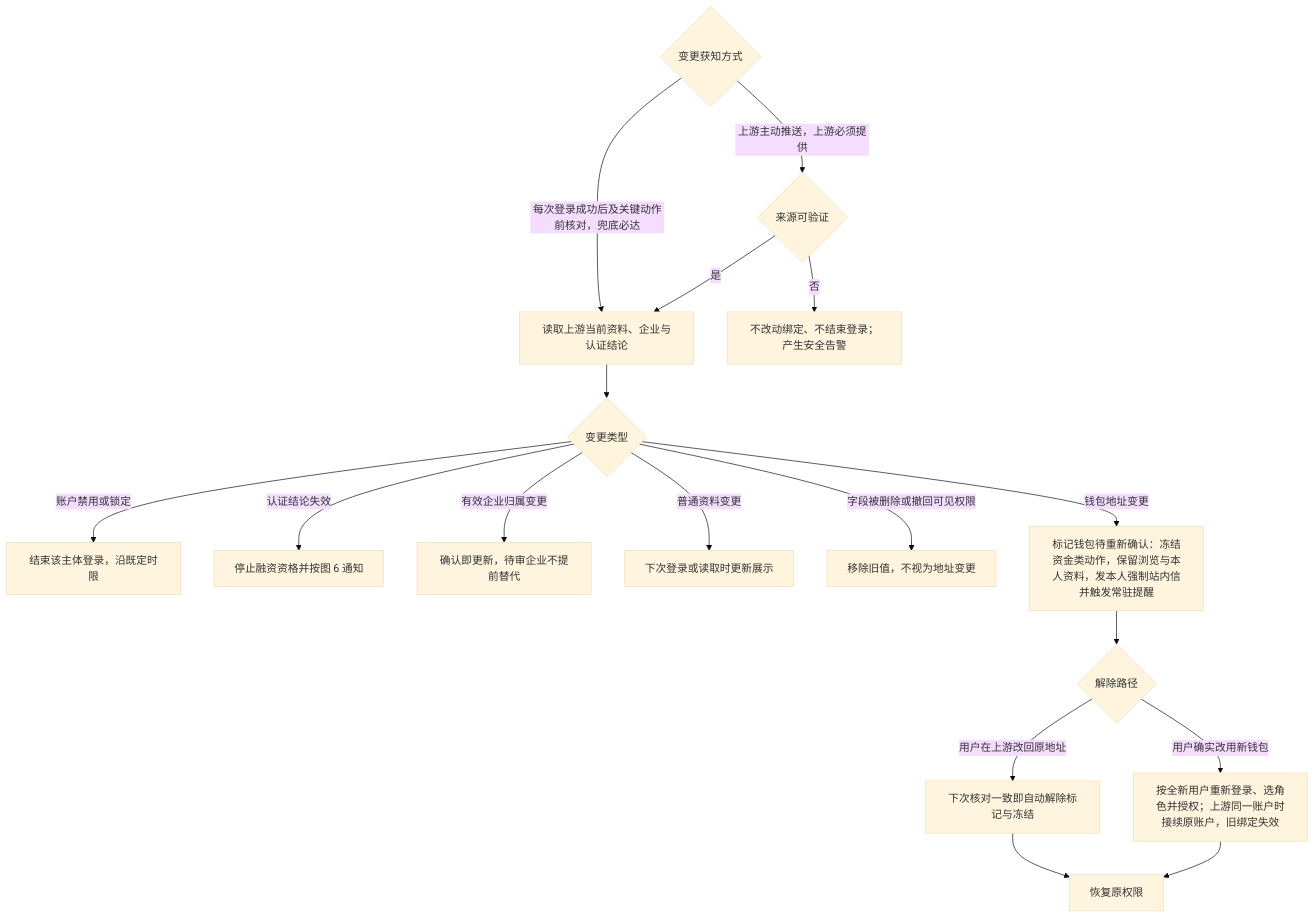
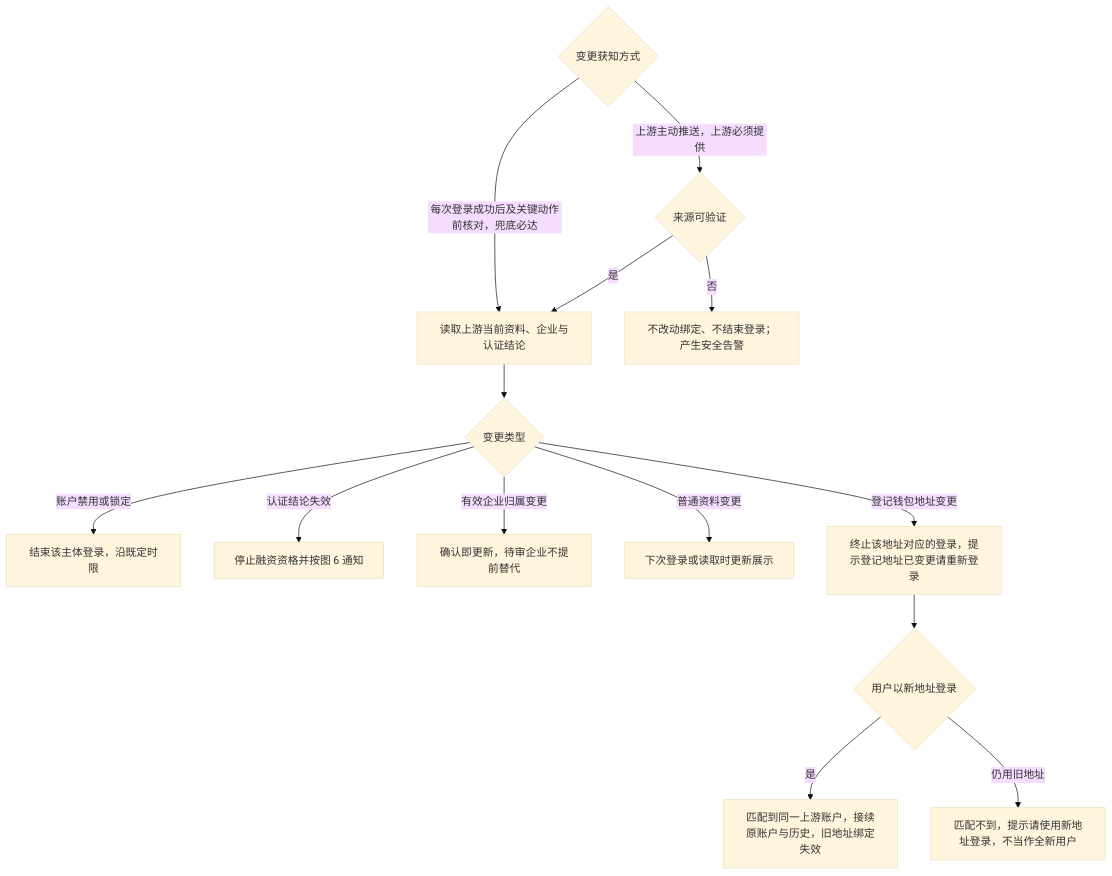
Before and after one commit to wxblockchain/Chain-Financing: the seventh of 7 diagrams in lending-platform/PRD/v2.0-登录与账户体系/02-登录主干与资产方SSO接入-流程图与状态机.md, drawn with Mermaid (base theme). The commit also changed other lines of this file and 5 other files, not shown here.

````diff
--- a/lending-platform/PRD/v2.0-登录与账户体系/02-登录主干与资产方SSO接入-流程图与状态机.md
+++ b/lending-platform/PRD/v2.0-登录与账户体系/02-登录主干与资产方SSO接入-流程图与状态机.md
@@ -172,19 +156,16 @@
 ```mermaid
 flowchart TD
     SRC{"变更获知方式"} -->|上游主动推送，上游必须提供| VERIFY{"来源可验证"}
     SRC -->|每次登录成功后及关键动作前核对，兜底必达| READ["读取上游当前资料、企业与认证结论"]
     VERIFY -->|否| ALERT["不改动绑定、不结束登录；产生安全告警"]
     VERIFY -->|是| READ
     READ --> KIND{"变更类型"}
     KIND -->|账户禁用或锁定| END["结束该主体登录，沿既定时限"]
     KIND -->|认证结论失效| DOWN["停止融资资格并按图 6 通知"]
     KIND -->|有效企业归属变更| ORG["确认即更新，待审企业不提前替代"]
     KIND -->|普通资料变更| MINOR["下次登录或读取时更新展示"]
-    KIND -->|字段被删除或撤回可见权限| REMOVE["移除旧值，不视为地址变更"]
-    KIND -->|钱包地址变更| PEND["标记钱包待重新确认：冻结资金类动作，保留浏览与本人资料，发本人强制站内信并触发常驻提醒"]
-    PEND --> FIX{"解除路径"}
-    FIX -->|用户在上游改回原地址| RECHECK["下次核对一致即自动解除标记与冻结"]
-    FIX -->|用户确实改用新钱包| NEWUSER["按全新用户重新登录、选角色并授权；上游同一账户时接续原账户，旧绑定失效"]
-    RECHECK --> OKS["恢复原权限"]
-    NEWUSER --> OKS
+    KIND -->|登记钱包地址变更| STOP["终止该地址对应的登录，提示登记地址已变更请重新登录"]
+    STOP --> RELOGIN{"用户以新地址登录"}
+    RELOGIN -->|是| SAME["匹配到同一上游账户，接续原账户与历史，旧地址绑定失效"]
+    RELOGIN -->|仍用旧地址| TELL["匹配不到，提示请使用新地址登录，不当作全新用户"]
 ```
````
